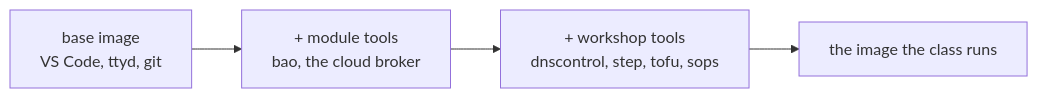
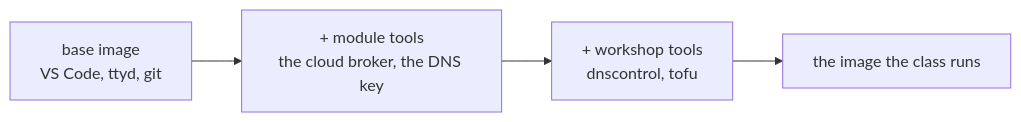
Before and after one commit to fiddler110/GitOps_Dojo: the third of 3 diagrams in workshops/dojo-introduction/content/slides/presentation.md, drawn with Mermaid. The commit also changed other lines of this file and 76 other files, not shown here.

```diff
--- a/workshops/dojo-introduction/content/slides/presentation.md
+++ b/workshops/dojo-introduction/content/slides/presentation.md
@@ -153,6 +153,6 @@
 <div class="mermaid">
 flowchart LR
-  base["base image<br/>VS Code, ttyd, git"] --> m1["+ module tools<br/>bao, the cloud broker"]
-  m1 --> w["+ workshop tools<br/>dnscontrol, step, tofu, sops"]
+  base["base image<br/>VS Code, ttyd, git"] --> m1["+ module tools<br/>the cloud broker, the DNS key"]
+  m1 --> w["+ workshop tools<br/>dnscontrol, tofu"]
   w --> run["the image the class runs"]
 </div>
```
